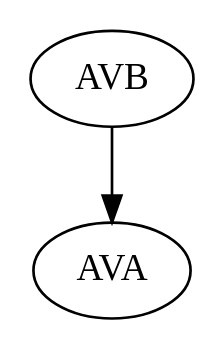
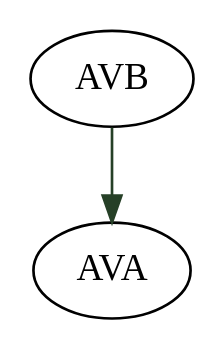
Before and after one commit to adrameshiu/Celegans-search: the diagram in out_files/dot_files/main_class_graph_strong.dot, drawn with Graphviz. The commit also changed 108 other files, not shown here.

```diff
--- a/out_files/dot_files/main_class_graph_strong.dot
+++ b/out_files/dot_files/main_class_graph_strong.dot
@@ -1,6 +1,9 @@
 digraph "" {
 	AVB	[layer=0];
 	AVA	[layer=0];
 	AVB -> AVA	[key=0,
+		color="#264027",
+		edge_type=chemical,
+		graph_type=class_graph,
 		weight=47];
 }
```
